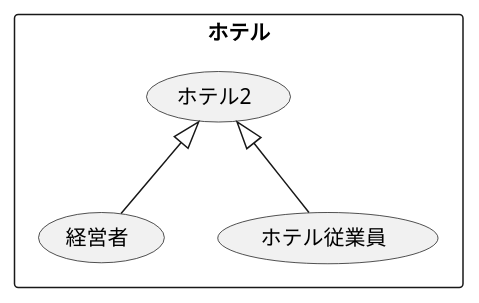
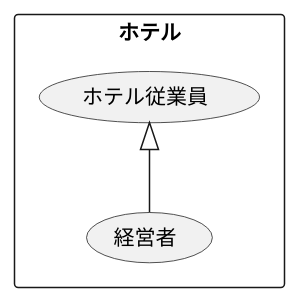
Before and after one commit to zessyou/uml-introduction: the diagram in 演習2-2_ホテル従業員.pu, drawn with PlantUML.

Commit message:
演習2-2の修正

```diff
--- a/演習2-2_ホテル従業員.pu
+++ b/演習2-2_ホテル従業員.pu
@@ -1,10 +1,9 @@
 @startuml ユースケース図
 ' left to right direction
 rectangle ホテル{
-usecase ホテル2
 usecase 経営者
 usecase ホテル従業員
 }
-ホテル2<|-- 経営者
-ホテル2<|-- ホテル従業員
+ホテル従業員<|-- 経営者
+
 @enduml
```
